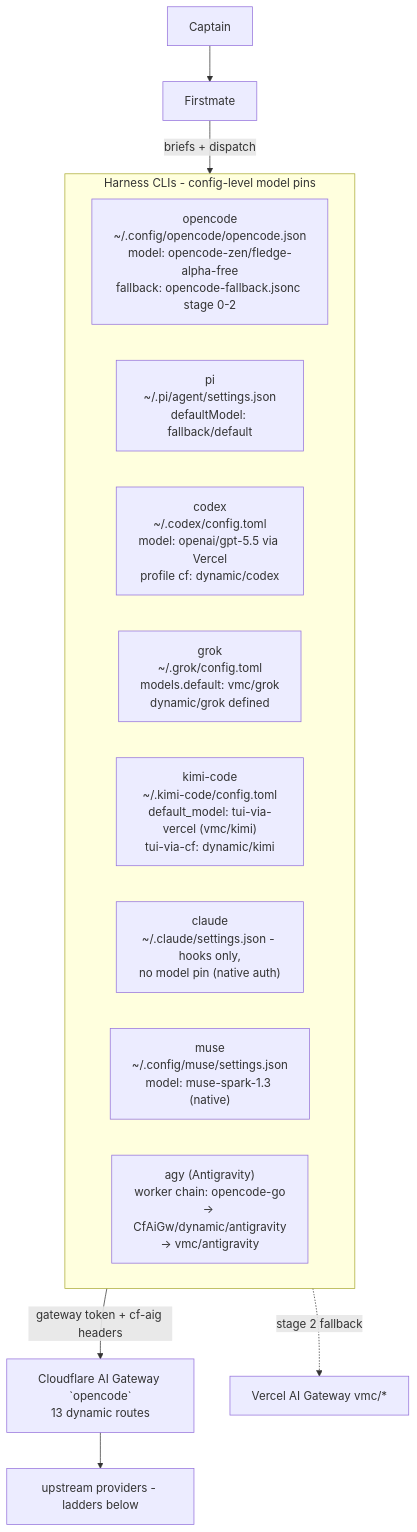
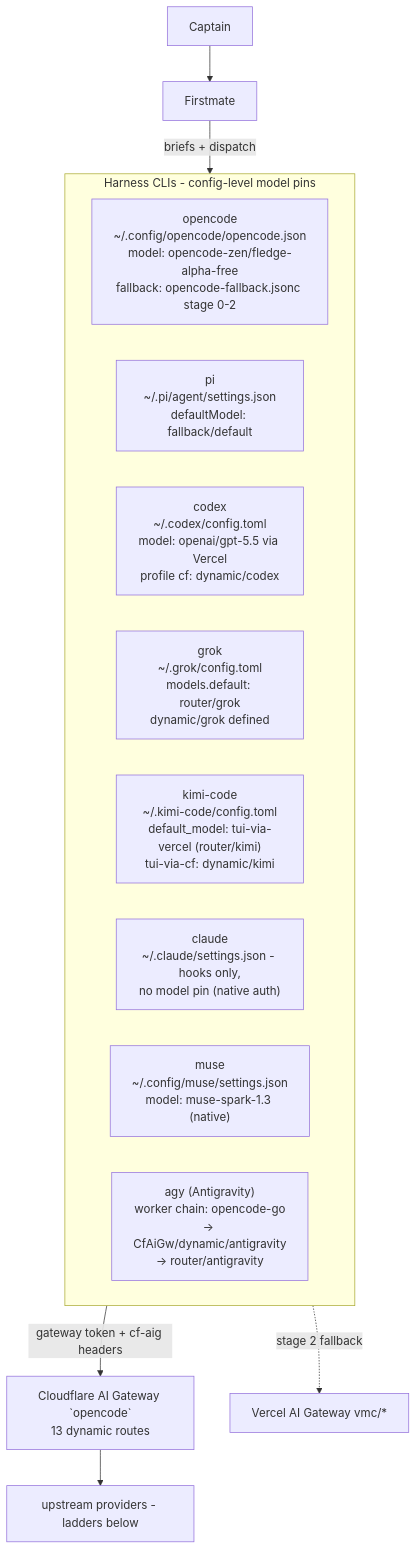
One commit to phillias/dotfiles changed the first of 17 diagrams in dot_agents/skills/provider-catalog/references/ROUTING_TOPOLOGY.md. Above: the diagram before and after it, drawn with Mermaid. The commit also changed 8 other files, not shown here.

Commit message:
fix(routing): reference Vercel gateway routers as router/<slug> after gateway enforcement

````diff
--- a/dot_agents/skills/provider-catalog/references/ROUTING_TOPOLOGY.md
+++ b/dot_agents/skills/provider-catalog/references/ROUTING_TOPOLOGY.md
@@ -39,18 +39,18 @@
 ```mermaid
 flowchart TD
     captain[Captain] --> fm[Firstmate]
     fm -->|briefs + dispatch| harnesses
     subgraph harnesses[Harness CLIs - config-level model pins]
         OC["opencode<br/>~/.config/opencode/opencode.json<br/>model: opencode-zen/fledge-alpha-free<br/>fallback: opencode-fallback.jsonc stage 0-2"]
         PI["pi<br/>~/.pi/agent/settings.json<br/>defaultModel: fallback/default"]
         CX["codex<br/>~/.codex/config.toml<br/>model: openai/gpt-5.5 via Vercel<br/>profile cf: dynamic/codex"]
-        GR["grok<br/>~/.grok/config.toml<br/>models.default: vmc/grok<br/>dynamic/grok defined"]
-        KM["kimi-code<br/>~/.kimi-code/config.toml<br/>default_model: tui-via-vercel (vmc/kimi)<br/>tui-via-cf: dynamic/kimi"]
+        GR["grok<br/>~/.grok/config.toml<br/>models.default: router/grok<br/>dynamic/grok defined"]
+        KM["kimi-code<br/>~/.kimi-code/config.toml<br/>default_model: tui-via-vercel (router/kimi)<br/>tui-via-cf: dynamic/kimi"]
         CL["claude<br/>~/.claude/settings.json - hooks only,<br/>no model pin (native auth)"]
         MU["muse<br/>~/.config/muse/settings.json<br/>model: muse-spark-1.3 (native)"]
-        AGY["agy (Antigravity)<br/>worker chain: opencode-go<br/>→ CfAiGw/dynamic/antigravity<br/>→ vmc/antigravity"]
+        AGY["agy (Antigravity)<br/>worker chain: opencode-go<br/>→ CfAiGw/dynamic/antigravity<br/>→ router/antigravity"]
     end
     harnesses -->|gateway token + cf-aig headers| GW["Cloudflare AI Gateway `opencode`<br/>13 dynamic routes"]
     GW --> models[upstream providers - ladders below]
     harnesses -.->|stage 2 fallback| VG[Vercel AI Gateway vmc/*]
 ```
````
